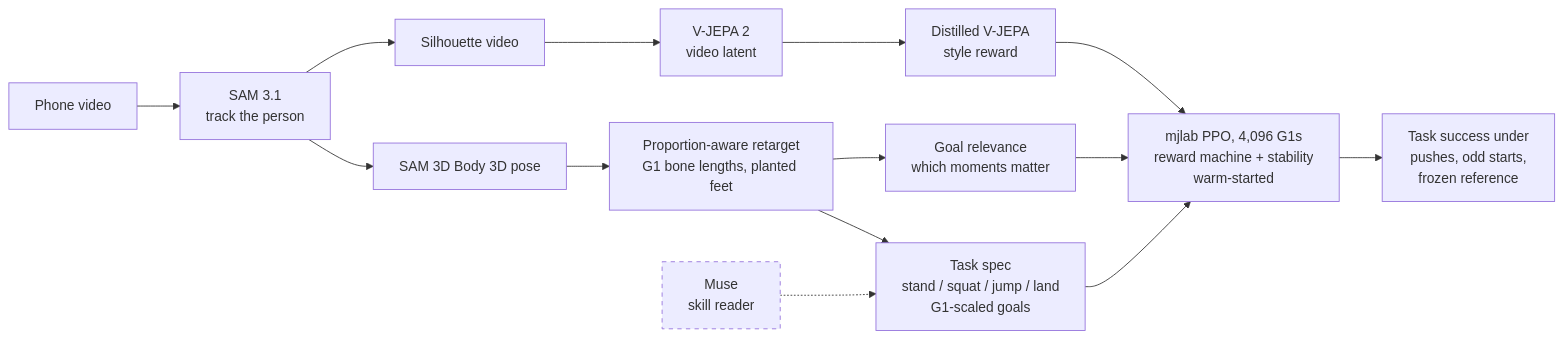
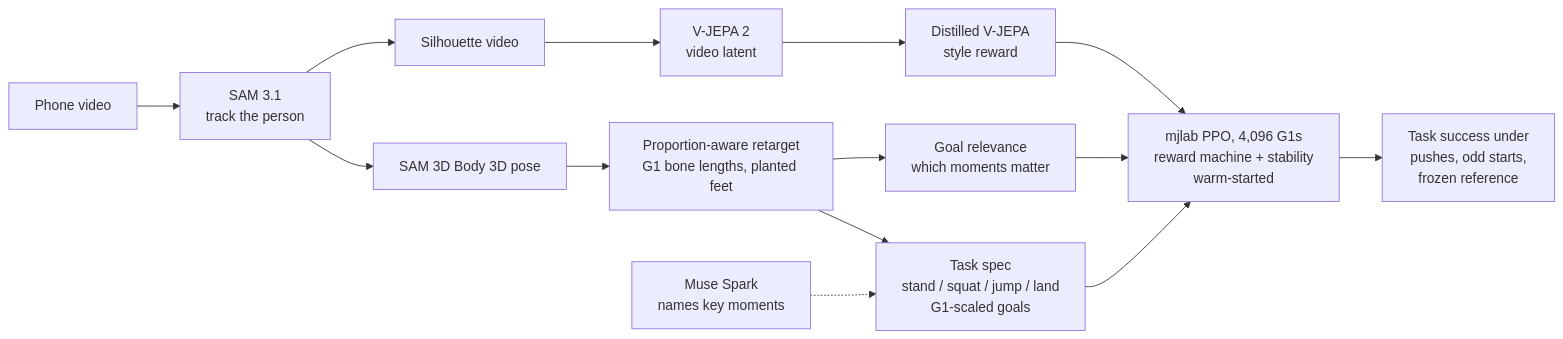
Before and after one commit to PandaGrdn/athlete2humanoid: the diagram in README.md, drawn with Mermaid. The commit also changed other lines of this file and 6 other files, not shown here.

````diff
--- a/README.md
+++ b/README.md
@@ -17,16 +53,15 @@
 ```mermaid
 flowchart LR
     V[Phone video] --> SAM[SAM 3.1<br/>track the person]
     SAM --> POSE[SAM 3D Body 3D pose]
     POSE --> IK[Proportion-aware retarget<br/>G1 bone lengths, planted feet]
     SAM --> SIL[Silhouette video] --> VJ[V-JEPA 2<br/>video latent]
-    MUSE[Muse<br/>skill reader]:::wip -.-> SPEC
+    MUSE[Muse Spark<br/>names key moments] -.-> SPEC
     IK --> SPEC[Task spec<br/>stand / squat / jump / land<br/>G1-scaled goals]
     IK --> IMP[Goal relevance<br/>which moments matter]
     VJ --> NET[Distilled V-JEPA<br/>style reward]
     SPEC --> RL[mjlab PPO, 4,096 G1s<br/>reward machine + stability<br/>warm-started]
     NET --> RL
     IMP --> RL
     RL --> EVAL[Task success under<br/>pushes, odd starts,<br/>frozen reference]
-    classDef wip stroke-dasharray: 5 5
 ```
````
